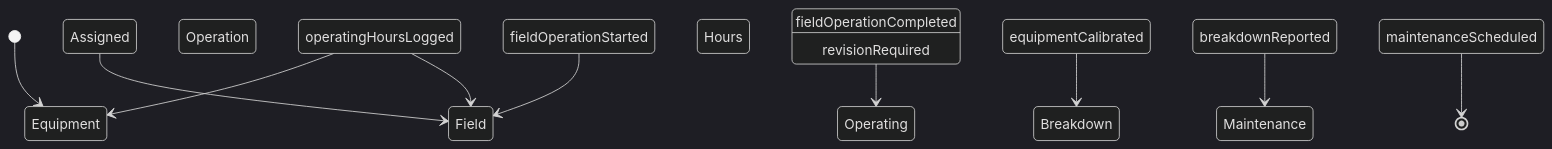
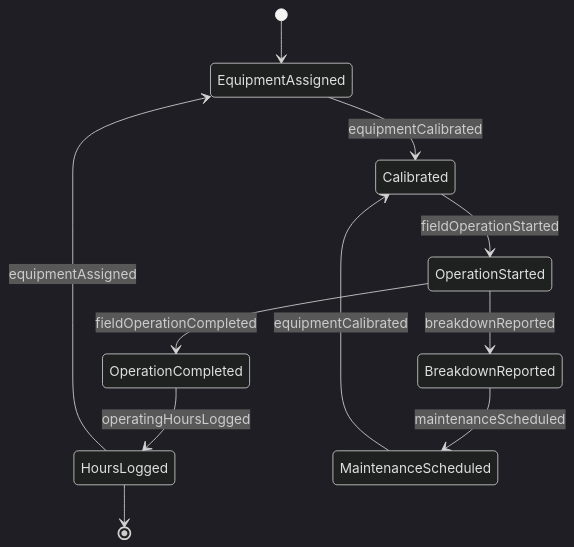
Before and after one commit to dot-org-ai/tasks.org.ai: the second of 4 diagrams in ControllingMachinesAndProcesses/OperateAgriculturalOrForestryEquipment/OperateFarmingEquipment.mdx, drawn with Mermaid (dark theme). The commit also changed other lines of this file and 515 other files, not shown here.

````diff
--- a/ControllingMachinesAndProcesses/OperateAgriculturalOrForestryEquipment/OperateFarmingEquipment.mdx
+++ b/ControllingMachinesAndProcesses/OperateAgriculturalOrForestryEquipment/OperateFarmingEquipment.mdx
@@ -99,12 +99,13 @@
 ```mermaid
 stateDiagram-v2
-    [*] --> Equipment Assigned
-    Equipment Assigned --> Field Operation Started : fieldOperationStarted
-    Field Operation Started --> Field Operation Completed : fieldOperationCompleted
-    Field Operation Completed --> Operating Hours Logged : operatingHoursLogged
-    Operating Hours Logged --> Equipment Calibrated : equipmentCalibrated
-    Equipment Calibrated --> Breakdown Reported : breakdownReported
-    Breakdown Reported --> Maintenance Scheduled : maintenanceScheduled
-    Operating Hours Logged --> Field Operation Completed : revisionRequired
-    Maintenance Scheduled --> [*]
+    [*] --> EquipmentAssigned
+    EquipmentAssigned --> Calibrated : equipmentCalibrated
+    Calibrated --> OperationStarted : fieldOperationStarted
+    OperationStarted --> OperationCompleted : fieldOperationCompleted
+    OperationCompleted --> HoursLogged : operatingHoursLogged
+    OperationStarted --> BreakdownReported : breakdownReported
+    BreakdownReported --> MaintenanceScheduled : maintenanceScheduled
+    MaintenanceScheduled --> Calibrated : equipmentCalibrated
+    HoursLogged --> EquipmentAssigned : equipmentAssigned
+    HoursLogged --> [*]
 ```
````
